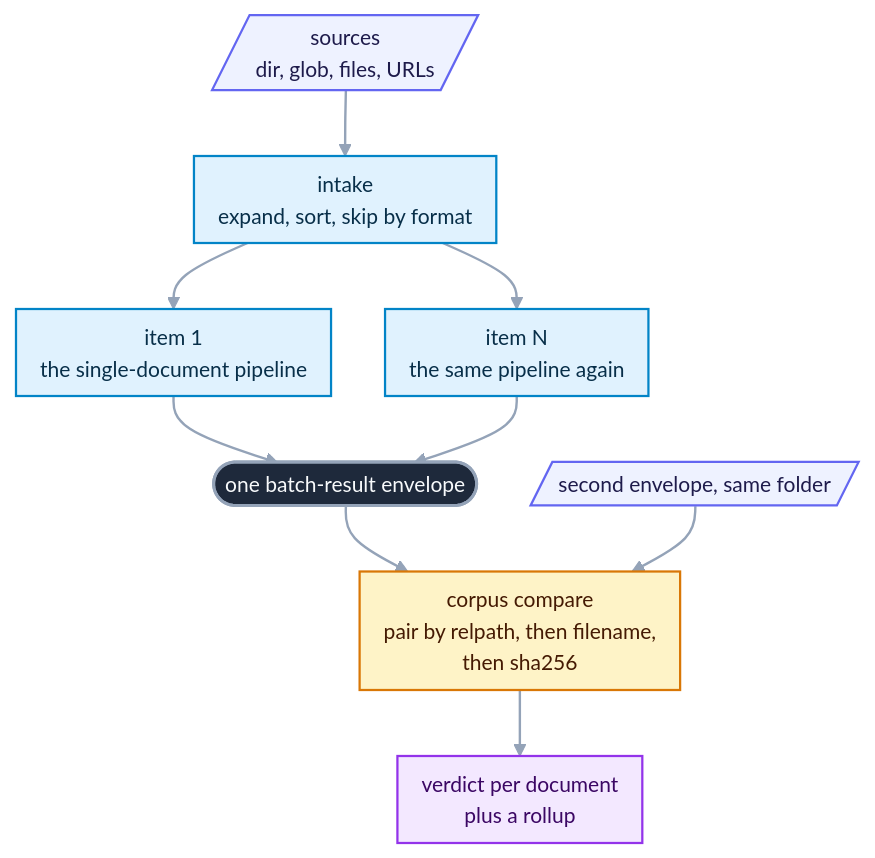
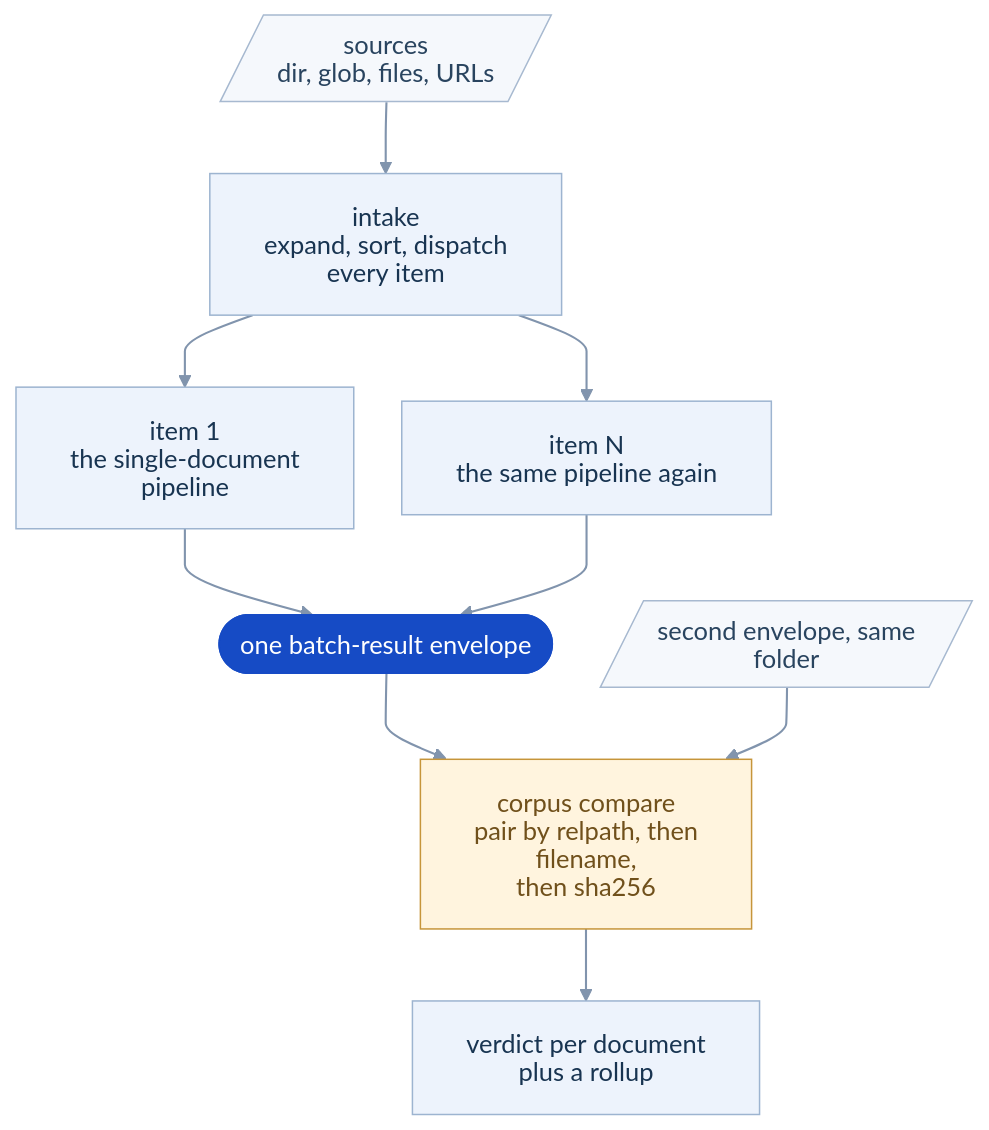
Before and after one commit to openreading-ai/openreading-core: the diagram in src/openreading/batch/README.md, drawn with Mermaid. The commit also changed other lines of this file and 35 other files, not shown here.

First line of the commit message:
docs: unify README diagrams and add tutorial website (#43)

````diff
--- a/src/openreading/batch/README.md
+++ b/src/openreading/batch/README.md
@@ -38,21 +47,21 @@
 ```mermaid
-%%{init: {"theme":"base","themeVariables":{"fontFamily":"ui-sans-serif, system-ui, -apple-system, Segoe UI, Roboto, sans-serif","fontSize":"14px","lineColor":"#94a3b8","textColor":"#334155","primaryTextColor":"#0f172a","edgeLabelBackground":"#eef2f7","clusterBkg":"#f8fafc","clusterBorder":"#cbd5e1","titleColor":"#334155"},"flowchart":{"curve":"basis","nodeSpacing":36,"rankSpacing":44,"padding":8,"useMaxWidth":true}}}%%
+%%{init: {"theme":"base","fontFamily":"Arial","deterministicIds":true,"deterministicIDSeed":"openreading","htmlLabels":false,"themeVariables":{"fontFamily":"Arial","fontSize":"17px","lineColor":"#8194ad","textColor":"#183451","primaryTextColor":"#183451","primaryColor":"#edf3fc","primaryBorderColor":"#9db4d0","edgeLabelBackground":"#ffffff","clusterBkg":"#f5f8fc","clusterBorder":"#d7e1ee","titleColor":"#183451","actorBkg":"#edf3fc","actorBorder":"#9db4d0","actorTextColor":"#183451","actorLineColor":"#9db4d0","signalColor":"#527095","signalTextColor":"#183451","labelBoxBkgColor":"#fff4de","labelBoxBorderColor":"#c6953a","labelTextColor":"#70501b","loopTextColor":"#527095","noteBkgColor":"#edf3fc","noteBorderColor":"#9db4d0","noteTextColor":"#183451","sequenceNumberColor":"#ffffff","activationBkgColor":"#e7f3ee","activationBorderColor":"#679780"},"flowchart":{"curve":"monotoneY","nodeSpacing":32,"rankSpacing":48,"padding":18,"useMaxWidth":true},"sequence":{"useMaxWidth":true,"actorMargin":65,"messageMargin":38,"mirrorActors":false}}}%%
 flowchart TD
-  S[/"sources<br>dir, glob, files, URLs"/]:::src --> I["intake<br>expand, sort, skip by format"]:::work
+  S[/"sources<br>dir, glob, files, URLs"/]:::src --> I["intake<br>expand, sort, dispatch every item"]:::work
   I --> R1["item 1<br>the single-document pipeline"]:::work
   I --> R2["item N<br>the same pipeline again"]:::work
   R1 --> E(["one batch-result envelope"]):::hero
   R2 --> E
   E --> C["corpus compare<br>pair by relpath, then filename,<br>then sha256"]:::gate
   E2[/"second envelope, same folder"/]:::src --> C
   C --> V["verdict per document<br>plus a rollup"]:::out
-  classDef src fill:#eef2ff,stroke:#6366f1,stroke-width:1.5px,color:#1e1b4b;
-  classDef work fill:#e0f2fe,stroke:#0284c7,stroke-width:1.5px,color:#082f49;
-  classDef gate fill:#fef3c7,stroke:#d97706,stroke-width:1.5px,color:#451a03;
-  classDef good fill:#dcfce7,stroke:#16a34a,stroke-width:1.5px,color:#052e16;
-  classDef bad fill:#fee2e2,stroke:#dc2626,stroke-width:1.5px,color:#450a0a;
-  classDef store fill:#ccfbf1,stroke:#0d9488,stroke-width:1.5px,color:#042f2e;
-  classDef out fill:#f3e8ff,stroke:#9333ea,stroke-width:1.5px,color:#3b0764;
-  classDef hero fill:#1e293b,stroke:#94a3b8,stroke-width:2px,color:#f8fafc;
-  linkStyle default stroke-width:1.6px;
+  classDef src fill:#f5f8fc,stroke:#a7b9d0,stroke-width:1px,color:#29445f;
+  classDef work fill:#edf3fc,stroke:#9db4d0,stroke-width:1px,color:#183451;
+  classDef gate fill:#fff4de,stroke:#c6953a,stroke-width:1px,color:#70501b;
+  classDef good fill:#e7f3ee,stroke:#679780,stroke-width:1px,color:#245740;
+  classDef bad fill:#fbeeee,stroke:#c78686,stroke-width:1px,color:#803d3d;
+  classDef store fill:#e7f3ee,stroke:#679780,stroke-width:1px,color:#245740;
+  classDef out fill:#edf3fc,stroke:#9db4d0,stroke-width:1px,color:#183451;
+  classDef hero fill:#164bc5,stroke:#164bc5,stroke-width:1px,color:#ffffff;
+  linkStyle default stroke-width:1.4px;
 ```
````
